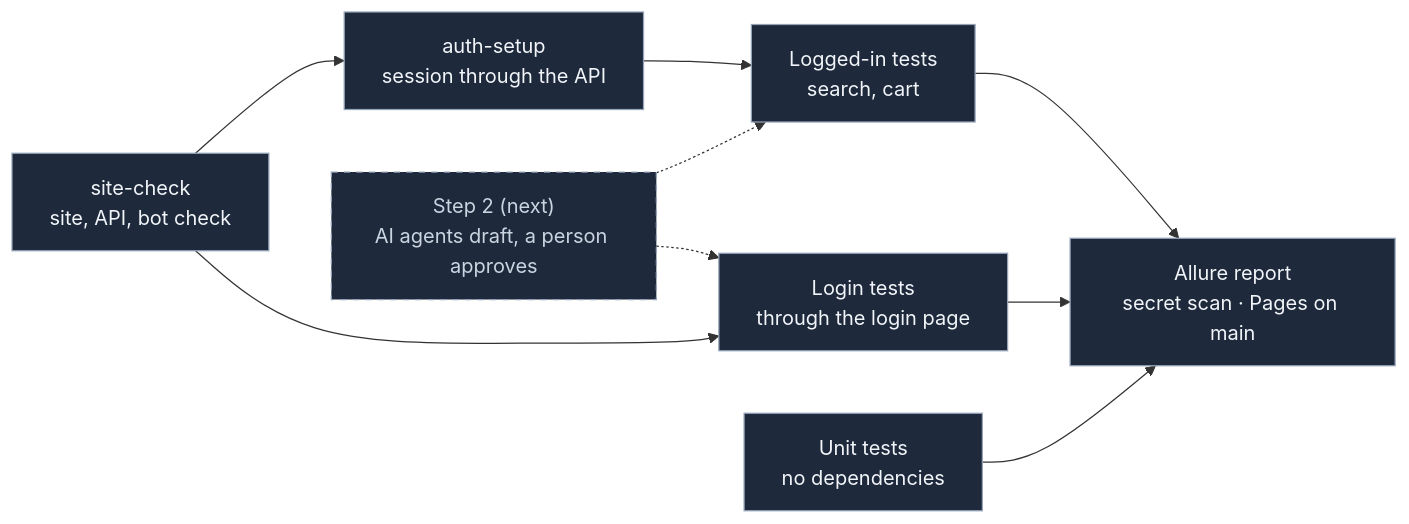
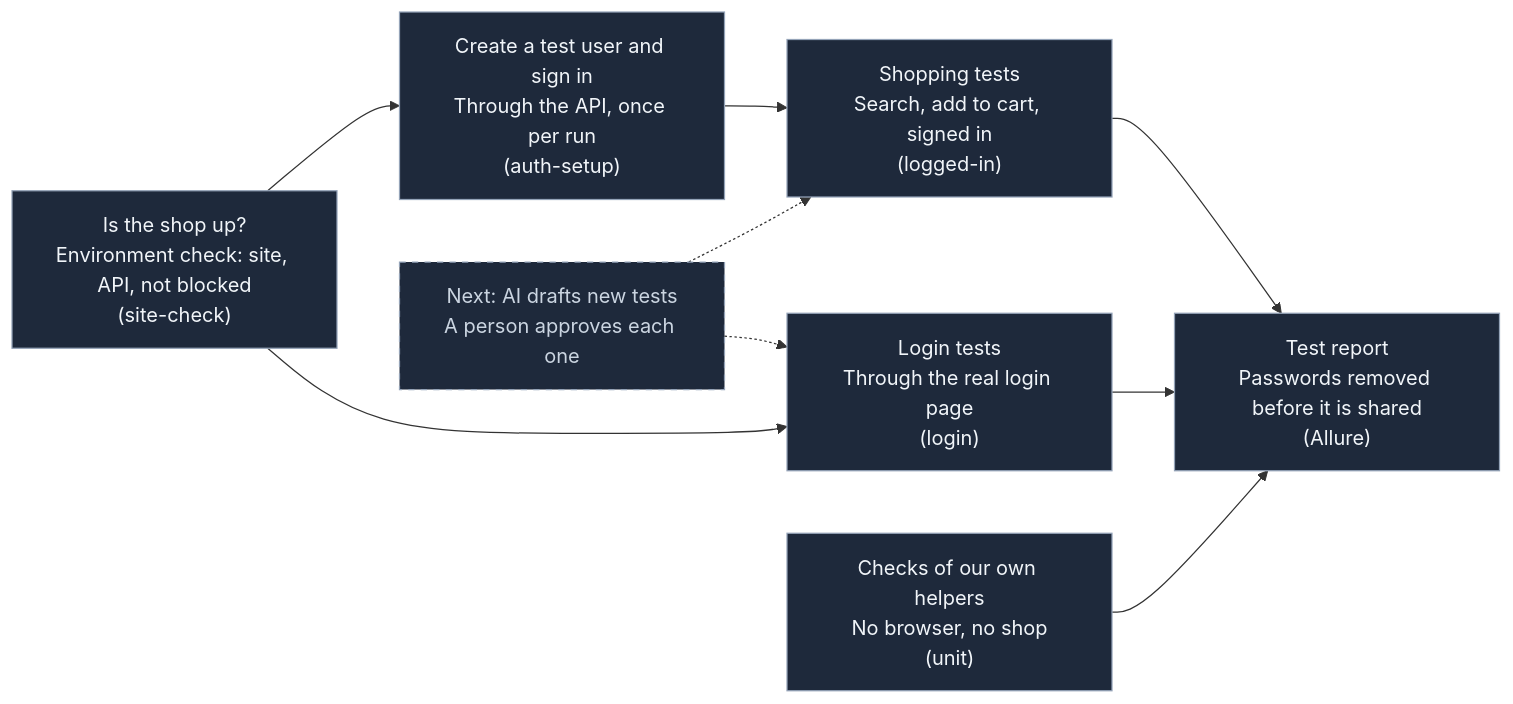
One commit to rahulsharma-qe/playwright-qa-agent changed the diagram in README.md. Above: the diagram before and after it, drawn with Mermaid. The commit also changed other lines of this file and 1 other file, not shown here.

Commit message:
Diagrams in plain words: each box says what it does, code names in brackets

````diff
--- a/README.md
+++ b/README.md
@@ -51,15 +53,15 @@
 ```mermaid
 flowchart LR
-  SC["site-check<br/>site, API, bot check"] --> AS["auth-setup<br/>session through the API"] --> LI["Logged-in tests<br/>search, cart"]
-  SC --> LG["Login tests<br/>through the login page"]
-  UT["Unit tests<br/>no dependencies"]
-  LI --> REP["Allure report<br/>secret scan · Pages on main"]
-  LG --> REP
-  UT --> REP
-  S2["Step 2 (next)<br/>AI agents draft, a person approves"] -.-> LI
-  S2 -.-> LG
+  ENV["Is the shop up?<br/>Environment check: site, API, not blocked<br/>(site-check)"] --> USER["Create a test user and sign in<br/>Through the API, once per run<br/>(auth-setup)"] --> SHOP["Shopping tests<br/>Search, add to cart, signed in<br/>(logged-in)"]
+  ENV --> LOGIN["Login tests<br/>Through the real login page<br/>(login)"]
+  UNIT["Checks of our own helpers<br/>No browser, no shop<br/>(unit)"]
+  SHOP --> REP["Test report<br/>Passwords removed before it is shared<br/>(Allure)"]
+  LOGIN --> REP
+  UNIT --> REP
+  NEXT["Next: AI drafts new tests<br/>A person approves each one"] -.-> SHOP
+  NEXT -.-> LOGIN
   classDef box fill:#1e293b,stroke:#94a3b8,color:#f1f5f9
   classDef later fill:#1e293b,stroke:#94a3b8,color:#cbd5e1,stroke-dasharray: 5 5
-  class SC,AS,LI,LG,UT,REP box
-  class S2 later
+  class ENV,USER,SHOP,LOGIN,UNIT,REP box
+  class NEXT later
 ```
````
